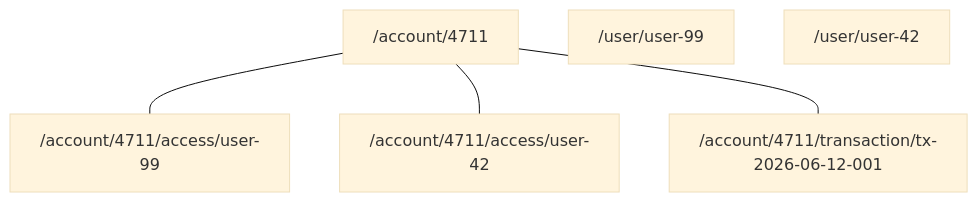
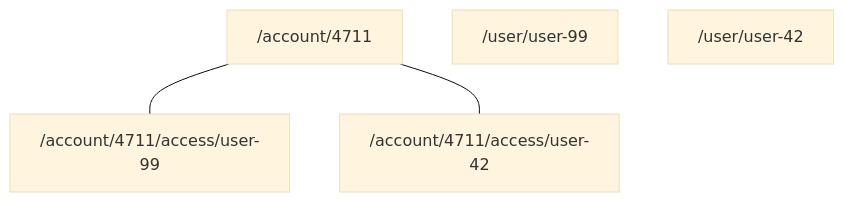
Before and after one commit to BadMomber/opencqrs: the second of 4 diagrams in mkdocs/docs/blog/posts/2026/2026-10-12-missing-aggregate/index.md, drawn with Mermaid (base theme). The commit also changed other lines of this file, not shown here.

````diff
--- a/mkdocs/docs/blog/posts/2026/2026-10-12-missing-aggregate/index.md
+++ b/mkdocs/docs/blog/posts/2026/2026-10-12-missing-aggregate/index.md
@@ -75,13 +73,11 @@
 ```mermaid
 flowchart TB
     A["/account/4711"]
     A1["/account/4711/access/user-99"]
     A2["/account/4711/access/user-42"]
-    A3["/account/4711/transaction/tx-2026-06-12-001"]
     U["/user/user-99"]
     U2["/user/user-42"]
 
     A --- A1
     A --- A2
-    A --- A3
 ```
````
